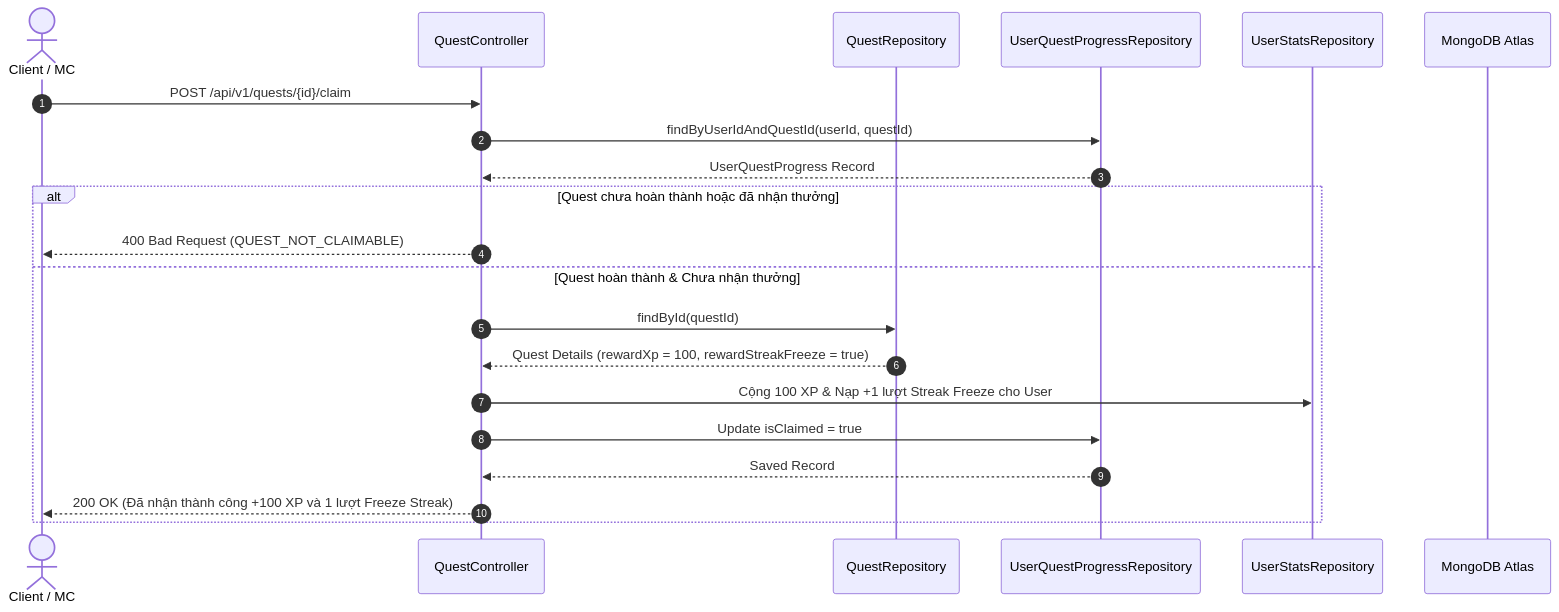
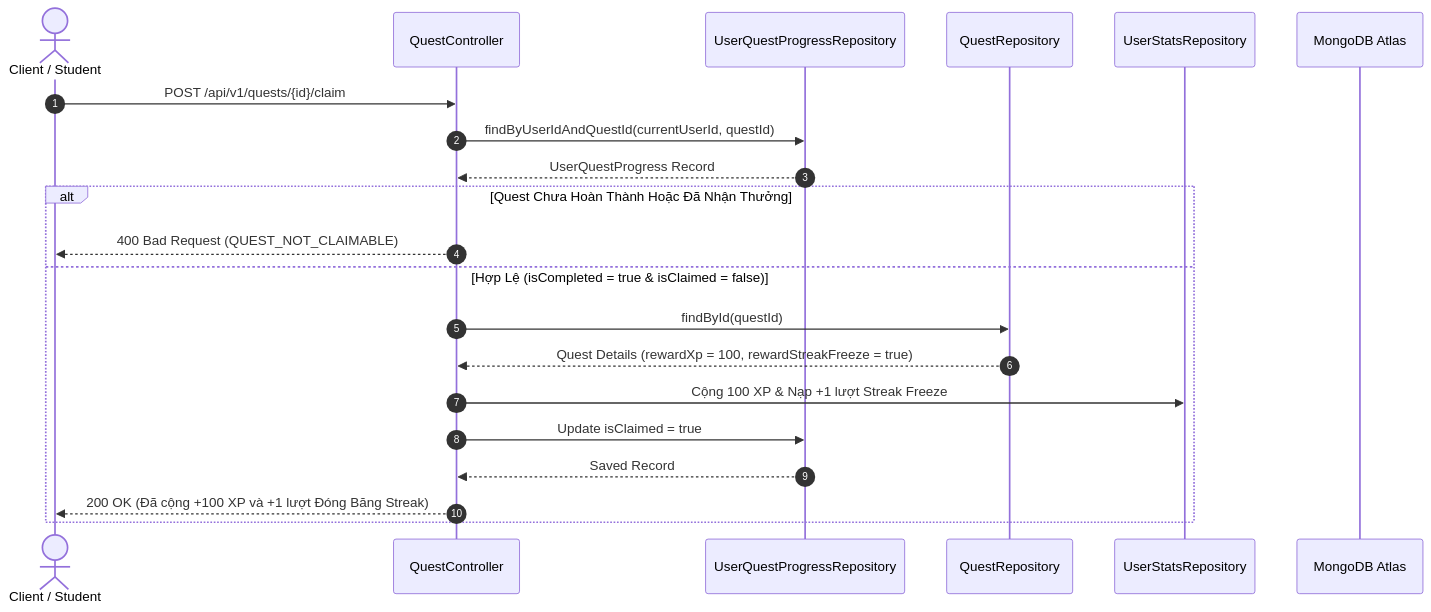
The fourth of 4 diagrams in docs/use-cases/UC-07-onboarding-quest.md (The-MC-Hub/MC_Voice_Training_Backend), drawn with Mermaid before and after one commit. The commit also changed other lines of this file and 12 other files, not shown here.

Commit message:
docs(use-cases): fully expand all sub-use-cases across all 13 UC files with dedicated Class Diagrams, Sequence Diagrams, and Unit Tests

````diff
--- a/docs/use-cases/UC-07-onboarding-quest.md
+++ b/docs/use-cases/UC-07-onboarding-quest.md
@@ -56,26 +84,26 @@
 ```mermaid
 sequenceDiagram
     autonumber
-    actor User as Client / MC
+    actor User as Client / Student
     participant Controller as QuestController
+    participant ProgressRepo as UserQuestProgressRepository
     participant QuestRepo as QuestRepository
-    participant ProgressRepo as UserQuestProgressRepository
     participant UserStatsRepo as UserStatsRepository
     participant DB as MongoDB Atlas
 
     User->>Controller: POST /api/v1/quests/{id}/claim
-    Controller->>ProgressRepo: findByUserIdAndQuestId(userId, questId)
+    Controller->>ProgressRepo: findByUserIdAndQuestId(currentUserId, questId)
     ProgressRepo-->>Controller: UserQuestProgress Record
     
-    alt Quest chưa hoàn thành hoặc đã nhận thưởng
+    alt Quest Chưa Hoàn Thành Hoặc Đã Nhận Thưởng
         Controller-->>User: 400 Bad Request (QUEST_NOT_CLAIMABLE)
-    else Quest hoàn thành & Chưa nhận thưởng
+    else Hợp Lệ (isCompleted = true & isClaimed = false)
         Controller->>QuestRepo: findById(questId)
         QuestRepo-->>Controller: Quest Details (rewardXp = 100, rewardStreakFreeze = true)
         
-        Controller->>UserStatsRepo: Cộng 100 XP & Nạp +1 lượt Streak Freeze cho User
+        Controller->>UserStatsRepo: Cộng 100 XP & Nạp +1 lượt Streak Freeze
         Controller->>ProgressRepo: Update isClaimed = true
         ProgressRepo-->>Controller: Saved Record
-        Controller-->>User: 200 OK (Đã nhận thành công +100 XP và 1 lượt Freeze Streak)
+        Controller-->>User: 200 OK (Đã cộng +100 XP và +1 lượt Đóng Băng Streak)
     end
 ```
````
